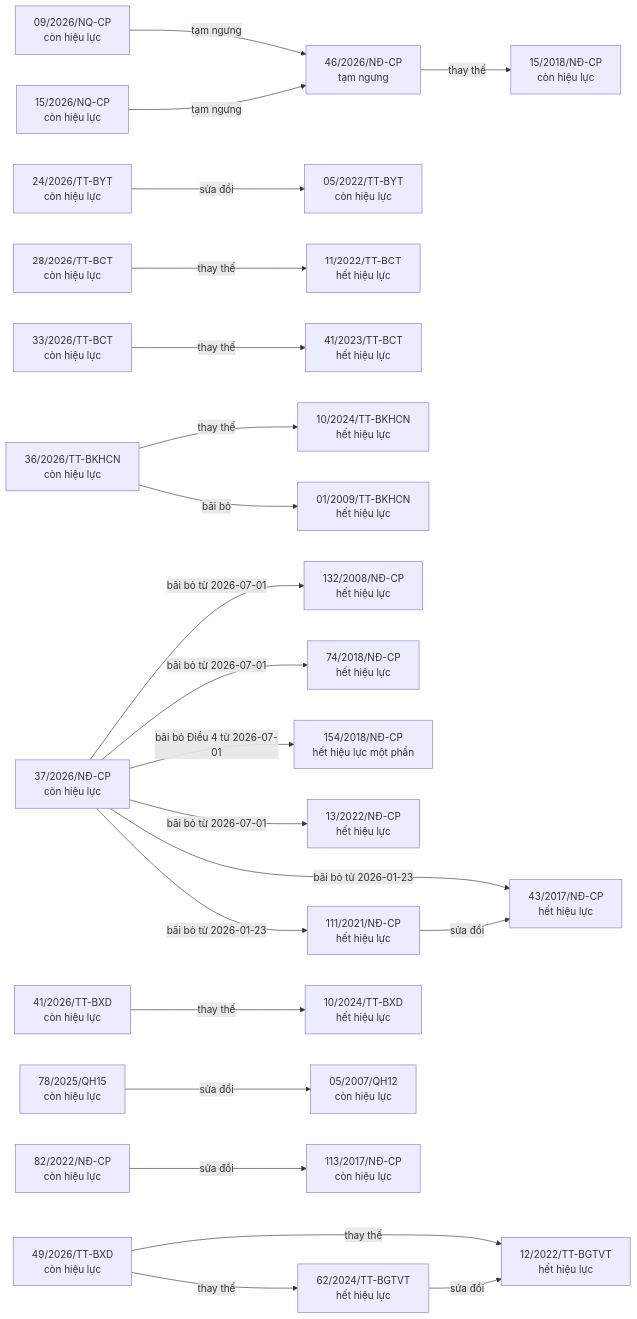
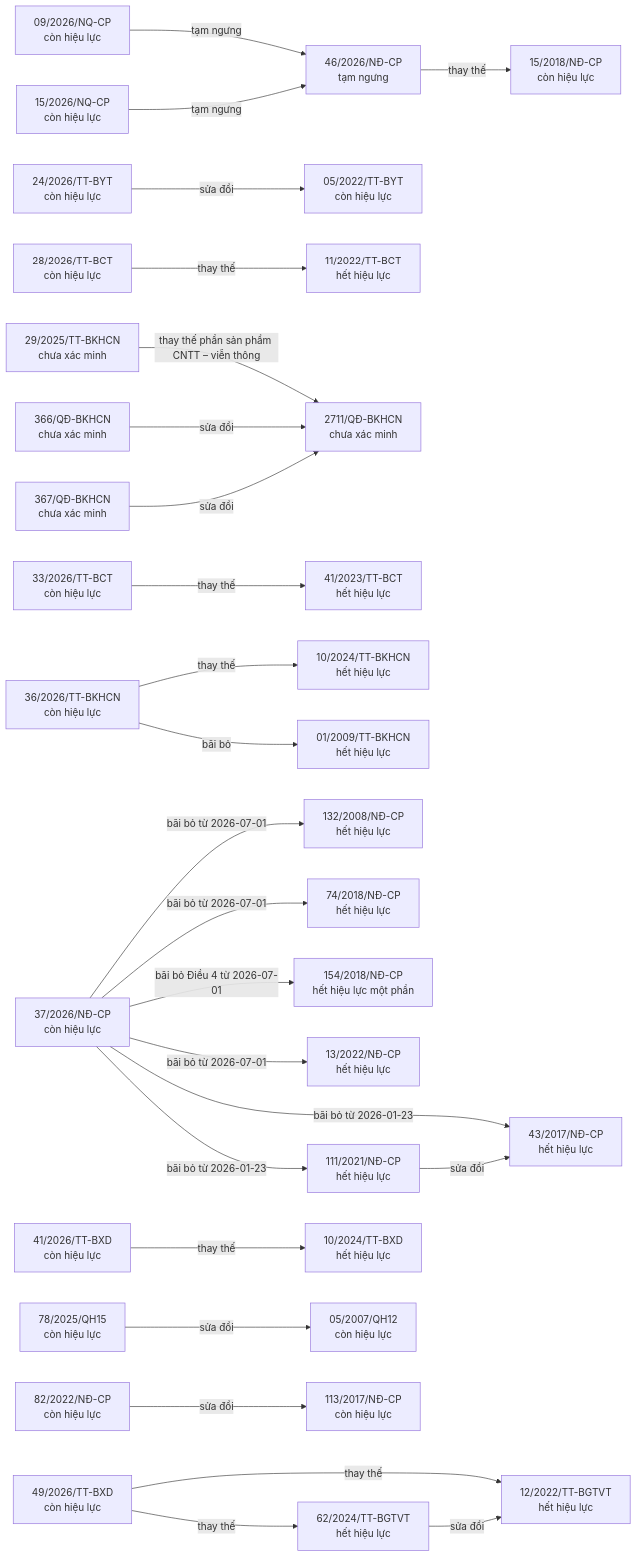
Before and after one commit to ozvietnam/oz-wiki-plhq: the third of 7 diagrams in bao-cao/quan-he.md, drawn with Mermaid. The commit also changed other lines of this file and 49 other files, not shown here.

````diff
--- a/bao-cao/quan-he.md
+++ b/bao-cao/quan-he.md
@@ -25,53 +34,60 @@
 ```mermaid
 flowchart LR
   n_09_2026_NQ_CP["09/2026/NQ-CP<br/>còn hiệu lực"]
   n_46_2026_N__CP["46/2026/NĐ-CP<br/>tạm ngưng"]
   n_111_2021_N__CP["111/2021/NĐ-CP<br/>hết hiệu lực"]
   n_43_2017_N__CP["43/2017/NĐ-CP<br/>hết hiệu lực"]
   n_15_2026_NQ_CP["15/2026/NQ-CP<br/>còn hiệu lực"]
   n_24_2026_TT_BYT["24/2026/TT-BYT<br/>còn hiệu lực"]
   n_05_2022_TT_BYT["05/2022/TT-BYT<br/>còn hiệu lực"]
   n_28_2026_TT_BCT["28/2026/TT-BCT<br/>còn hiệu lực"]
   n_11_2022_TT_BCT["11/2022/TT-BCT<br/>hết hiệu lực"]
+  n_29_2025_TT_BKHCN["29/2025/TT-BKHCN<br/>chưa xác minh"]
+  n_2711_Q__BKHCN["2711/QĐ-BKHCN<br/>chưa xác minh"]
   n_33_2026_TT_BCT["33/2026/TT-BCT<br/>còn hiệu lực"]
   n_41_2023_TT_BCT["41/2023/TT-BCT<br/>hết hiệu lực"]
   n_36_2026_TT_BKHCN["36/2026/TT-BKHCN<br/>còn hiệu lực"]
   n_10_2024_TT_BKHCN["10/2024/TT-BKHCN<br/>hết hiệu lực"]
   n_01_2009_TT_BKHCN["01/2009/TT-BKHCN<br/>hết hiệu lực"]
+  n_366_Q__BKHCN["366/QĐ-BKHCN<br/>chưa xác minh"]
+  n_367_Q__BKHCN["367/QĐ-BKHCN<br/>chưa xác minh"]
   n_37_2026_N__CP["37/2026/NĐ-CP<br/>còn hiệu lực"]
   n_132_2008_N__CP["132/2008/NĐ-CP<br/>hết hiệu lực"]
   n_74_2018_N__CP["74/2018/NĐ-CP<br/>hết hiệu lực"]
   n_154_2018_N__CP["154/2018/NĐ-CP<br/>hết hiệu lực một phần"]
   n_13_2022_N__CP["13/2022/NĐ-CP<br/>hết hiệu lực"]
   n_41_2026_TT_BXD["41/2026/TT-BXD<br/>còn hiệu lực"]
   n_10_2024_TT_BXD["10/2024/TT-BXD<br/>hết hiệu lực"]
   n_15_2018_N__CP["15/2018/NĐ-CP<br/>còn hiệu lực"]
   n_49_2026_TT_BXD["49/2026/TT-BXD<br/>còn hiệu lực"]
   n_12_2022_TT_BGTVT["12/2022/TT-BGTVT<br/>hết hiệu lực"]
   n_62_2024_TT_BGTVT["62/2024/TT-BGTVT<br/>hết hiệu lực"]
   n_78_2025_QH15["78/2025/QH15<br/>còn hiệu lực"]
   n_05_2007_QH12["05/2007/QH12<br/>còn hiệu lực"]
   n_82_2022_N__CP["82/2022/NĐ-CP<br/>còn hiệu lực"]
   n_113_2017_N__CP["113/2017/NĐ-CP<br/>còn hiệu lực"]
   n_09_2026_NQ_CP -->|tạm ngưng| n_46_2026_N__CP
   n_111_2021_N__CP -->|sửa đổi| n_43_2017_N__CP
   n_15_2026_NQ_CP -->|tạm ngưng| n_46_2026_N__CP
   n_24_2026_TT_BYT -->|sửa đổi| n_05_2022_TT_BYT
   n_28_2026_TT_BCT -->|thay thế| n_11_2022_TT_BCT
+  n_29_2025_TT_BKHCN -->|thay thế phần sản phẩm CNTT – viễn thông| n_2711_Q__BKHCN
   n_33_2026_TT_BCT -->|thay thế| n_41_2023_TT_BCT
   n_36_2026_TT_BKHCN -->|thay thế| n_10_2024_TT_BKHCN
   n_36_2026_TT_BKHCN -->|bãi bỏ| n_01_2009_TT_BKHCN
+  n_366_Q__BKHCN -->|sửa đổi| n_2711_Q__BKHCN
+  n_367_Q__BKHCN -->|sửa đổi| n_2711_Q__BKHCN
   n_37_2026_N__CP -->|bãi bỏ từ 2026-07-01| n_132_2008_N__CP
   n_37_2026_N__CP -->|bãi bỏ từ 2026-07-01| n_74_2018_N__CP
   n_37_2026_N__CP -->|bãi bỏ Điều 4 từ 2026-07-01| n_154_2018_N__CP
   n_37_2026_N__CP -->|bãi bỏ từ 2026-07-01| n_13_2022_N__CP
   n_37_2026_N__CP -->|bãi bỏ từ 2026-01-23| n_43_2017_N__CP
   n_37_2026_N__CP -->|bãi bỏ từ 2026-01-23| n_111_2021_N__CP
   n_41_2026_TT_BXD -->|thay thế| n_10_2024_TT_BXD
   n_46_2026_N__CP -->|thay thế| n_15_2018_N__CP
   n_49_2026_TT_BXD -->|thay thế| n_12_2022_TT_BGTVT
   n_49_2026_TT_BXD -->|thay thế| n_62_2024_TT_BGTVT
   n_62_2024_TT_BGTVT -->|sửa đổi| n_12_2022_TT_BGTVT
   n_78_2025_QH15 -->|sửa đổi| n_05_2007_QH12
   n_82_2022_N__CP -->|sửa đổi| n_113_2017_N__CP
 ```
````
